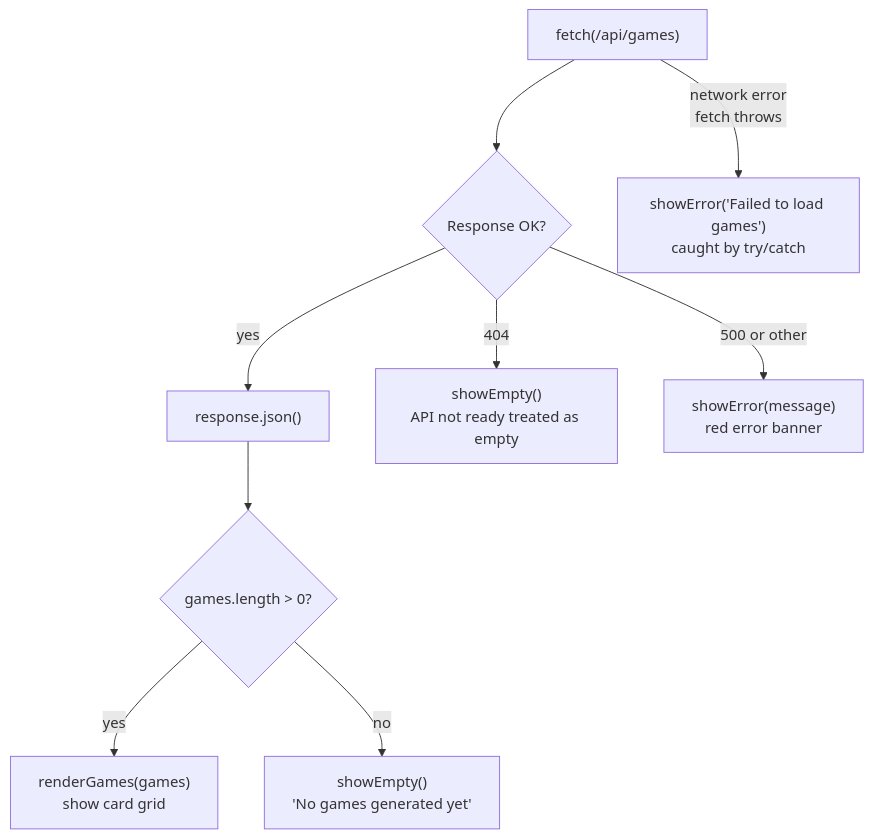
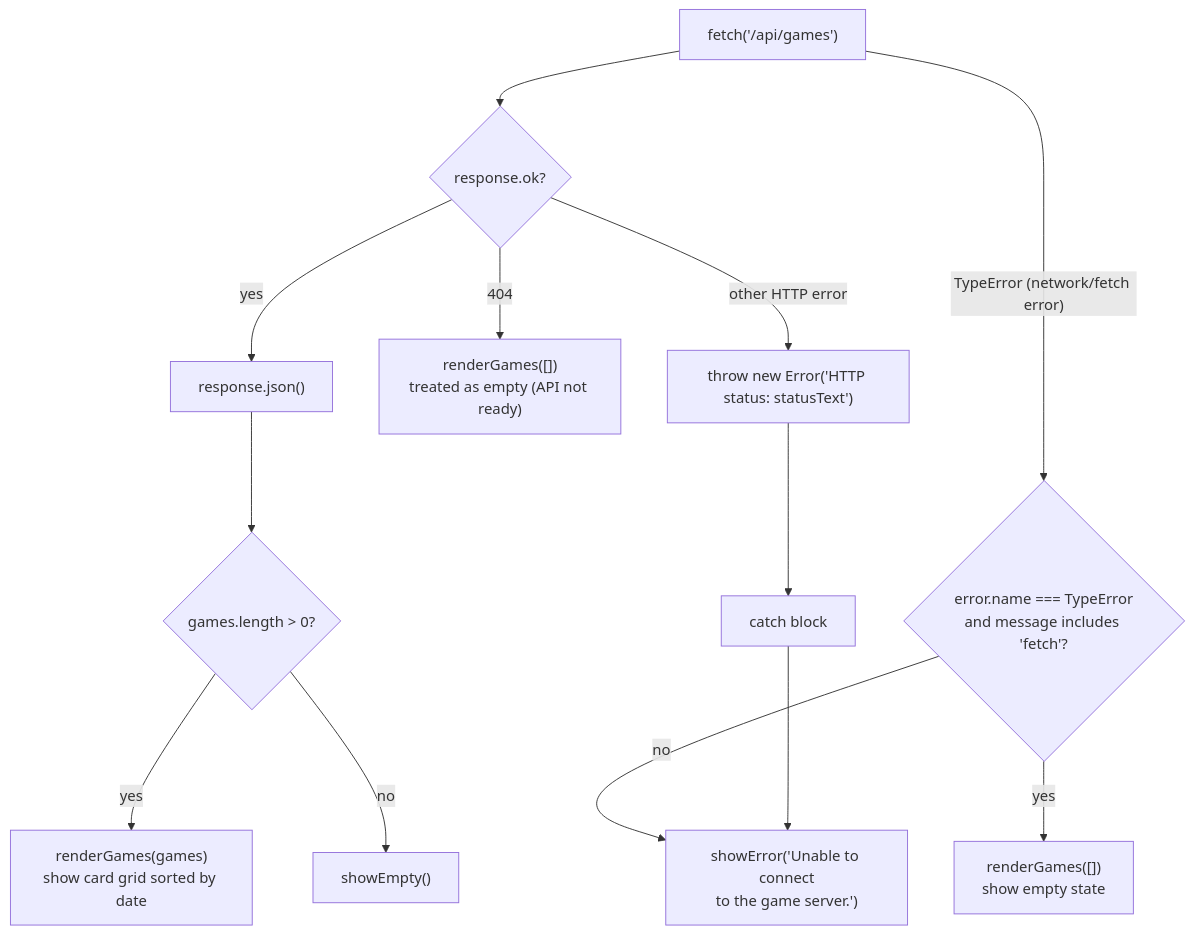
One commit to J-Gierend/gamePocGen changed the seventh of 9 diagrams in AI/document/10-error-handling.md. Above: the diagram before and after it, drawn with Mermaid. The commit also changed other lines of this file and 12 other files, not shown here.

First line of the commit message:
fix: regenerate all architecture docs from current source

````diff
--- a/AI/document/10-error-handling.md
+++ b/AI/document/10-error-handling.md
@@ -102,14 +189,18 @@
 ```mermaid
 graph TD
-    FETCH["fetch(/api/games)"] --> CHECK{Response OK?}
+    FETCH["fetch('/api/games')"] --> CHECK{"response.ok?"}
 
     CHECK -->|"yes"| PARSE["response.json()"]
-    PARSE --> GAMES{games.length > 0?}
-    GAMES -->|"yes"| RENDER["renderGames(games)\nshow card grid"]
-    GAMES -->|"no"| EMPTY["showEmpty()\n'No games generated yet'"]
+    PARSE --> GAMES{"games.length > 0?"}
+    GAMES -->|"yes"| RENDER["renderGames(games)<br/>show card grid sorted by date"]
+    GAMES -->|"no"| EMPTY["showEmpty()"]
 
-    CHECK -->|"404"| EMPTY2["showEmpty()\nAPI not ready treated as empty"]
-    CHECK -->|"500 or other"| ERROR["showError(message)\nred error banner"]
+    CHECK -->|"404"| RENDER_EMPTY["renderGames([])<br/>treated as empty (API not ready)"]
+    CHECK -->|"other HTTP error"| THROW["throw new Error('HTTP status: statusText')"]
+    THROW --> CATCH["catch block"]
 
-    FETCH -->|"network error\nfetch throws"| ERROR2["showError('Failed to load games')\ncaught by try/catch"]
+    FETCH -->|"TypeError (network/fetch error)"| TYPE_CHECK{"error.name === TypeError<br/>and message includes 'fetch'?"}
+    TYPE_CHECK -->|"yes"| EMPTY2["renderGames([])<br/>show empty state"]
+    TYPE_CHECK -->|"no"| ERROR["showError('Unable to connect<br/>to the game server.')"]
+    CATCH --> ERROR
 ```
````
